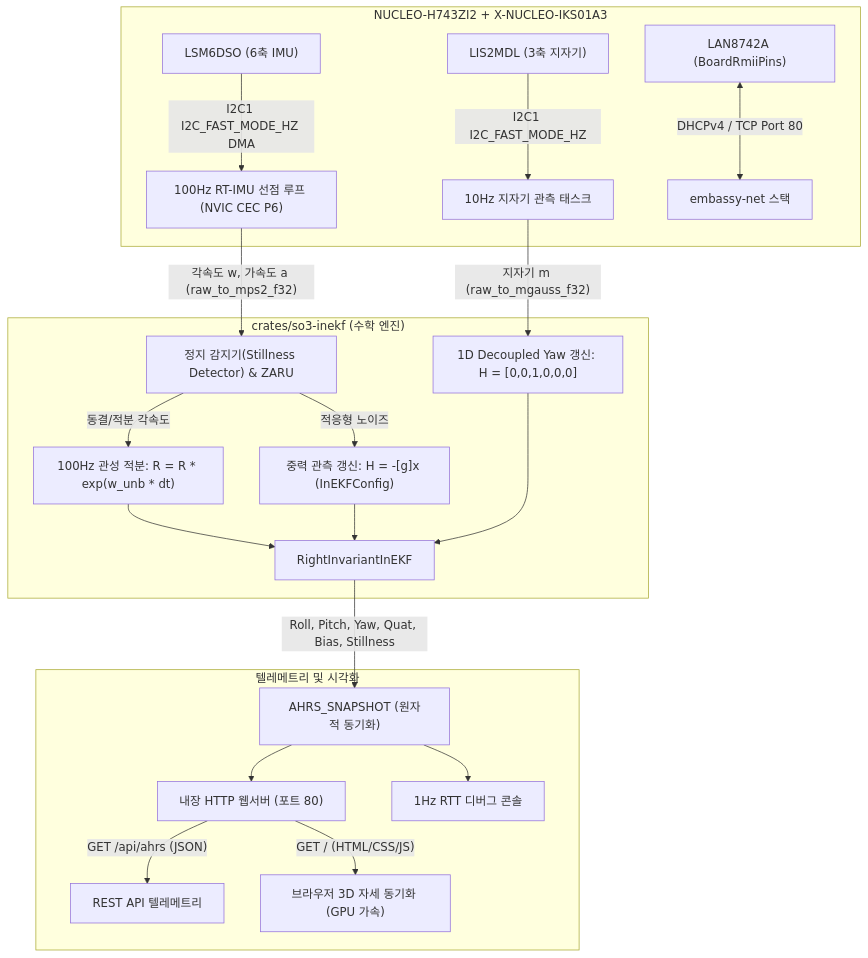
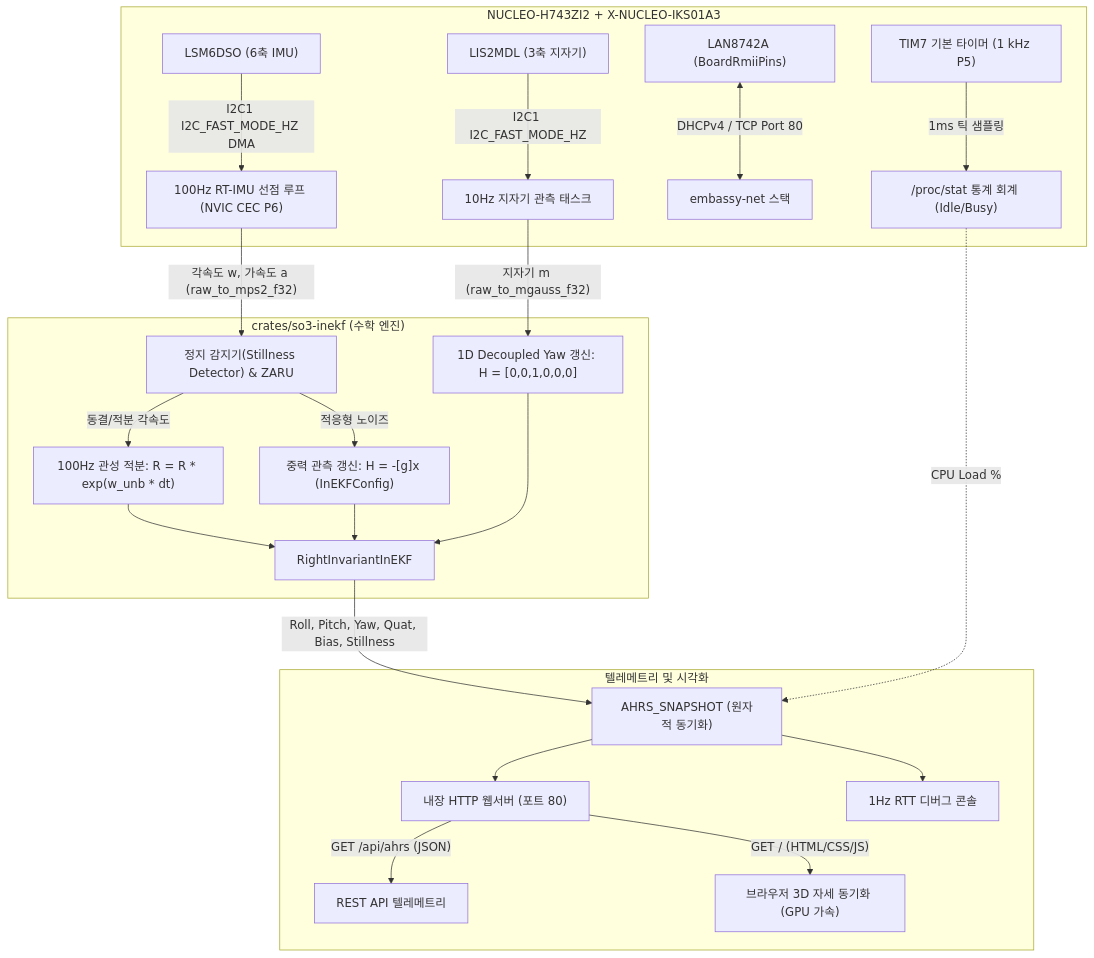
Before and after one commit to voidrobot/nucleo_h743zi2_rust: the diagram in examples/04_ahrs_so3_inekf/README.md, drawn with Mermaid. The commit also changed other lines of this file and 1 other file, not shown here.

Commit message:
feat(ahrs): implement Linux proc/stat 1kHz tick sampling CPU profiler and update docs

````diff
--- a/examples/04_ahrs_so3_inekf/README.md
+++ b/examples/04_ahrs_so3_inekf/README.md
@@ -44,26 +44,28 @@
 ```mermaid
 flowchart TD
     subgraph Hardware ["NUCLEO-H743ZI2 + X-NUCLEO-IKS01A3"]
         LSM["LSM6DSO (6축 IMU)"] -->|"I2C1 I2C_FAST_MODE_HZ DMA"| RT_Loop["100Hz RT-IMU 선점 루프 (NVIC CEC P6)"]
         LIS["LIS2MDL (3축 지자기)"] -->|"I2C1 I2C_FAST_MODE_HZ"| Mag_Loop["10Hz 지자기 관측 태스크"]
         ETH["LAN8742A (BoardRmiiPins)"] <-->|"DHCPv4 / TCP Port 80"| Net_Stack["embassy-net 스택"]
+        TIM7["TIM7 기본 타이머 (1 kHz P5)"] -->|"1ms 틱 샘플링"| Stat["/proc/stat 통계 회계 (Idle/Busy)"]
     end
 
     subgraph MathCore ["crates/so3-inekf (수학 엔진)"]
         RT_Loop -->|"각속도 w, 가속도 a (raw_to_mps2_f32)"| Still["정지 감지기(Stillness Detector) & ZARU"]
         Still -->|"동결/적분 각속도"| Pred["100Hz 관성 적분: R = R * exp(w_unb * dt)"]
         Still -->|"적응형 노이즈"| Up_Acc["중력 관측 갱신: H = -[g]x (InEKFConfig)"]
         Mag_Loop -->|"지자기 m (raw_to_mgauss_f32)"| Up_Mag["1D Decoupled Yaw 갱신: H = [0,0,1,0,0,0]"]
         Pred --> InEKF["RightInvariantInEKF"]
         Up_Acc --> InEKF
         Up_Mag --> InEKF
     end
 
     subgraph Output ["텔레메트리 및 시각화"]
         InEKF -->|"Roll, Pitch, Yaw, Quat, Bias, Stillness"| Snapshot["AHRS_SNAPSHOT (원자적 동기화)"]
+        Stat -.->|"CPU Load %"| Snapshot
         Snapshot --> Web["내장 HTTP 웹서버 (포트 80)"]
         Snapshot --> RTT["1Hz RTT 디버그 콘솔"]
         Web -->|"GET /api/ahrs (JSON)"| RestAPI["REST API 텔레메트리"]
         Web -->|"GET / (HTML/CSS/JS)"| Dashboard3D["브라우저 3D 자세 동기화 (GPU 가속)"]
     end
 ```
````
